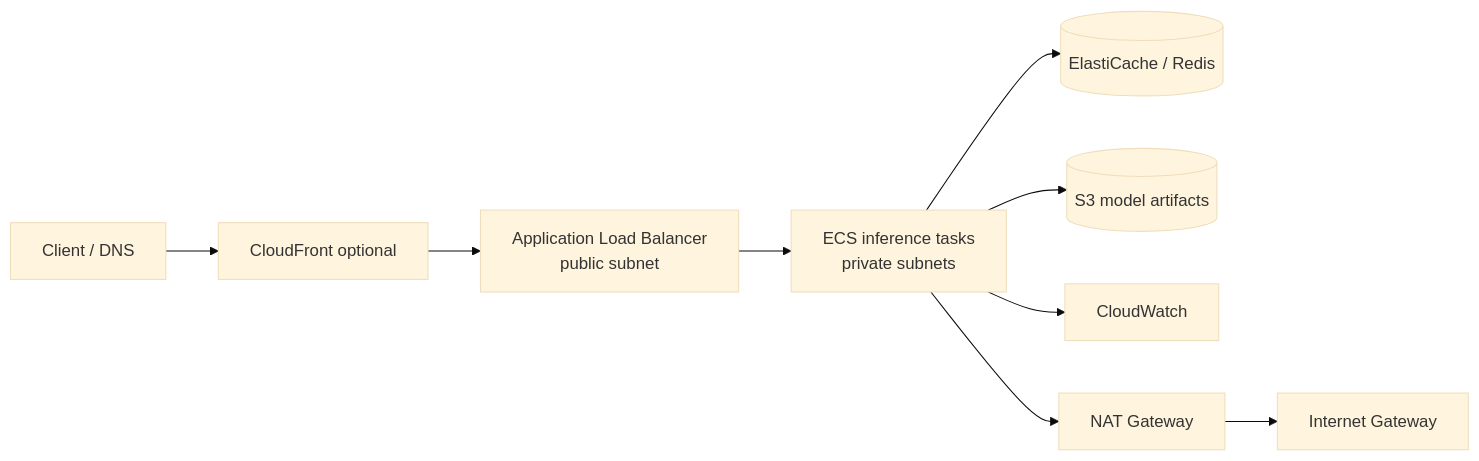
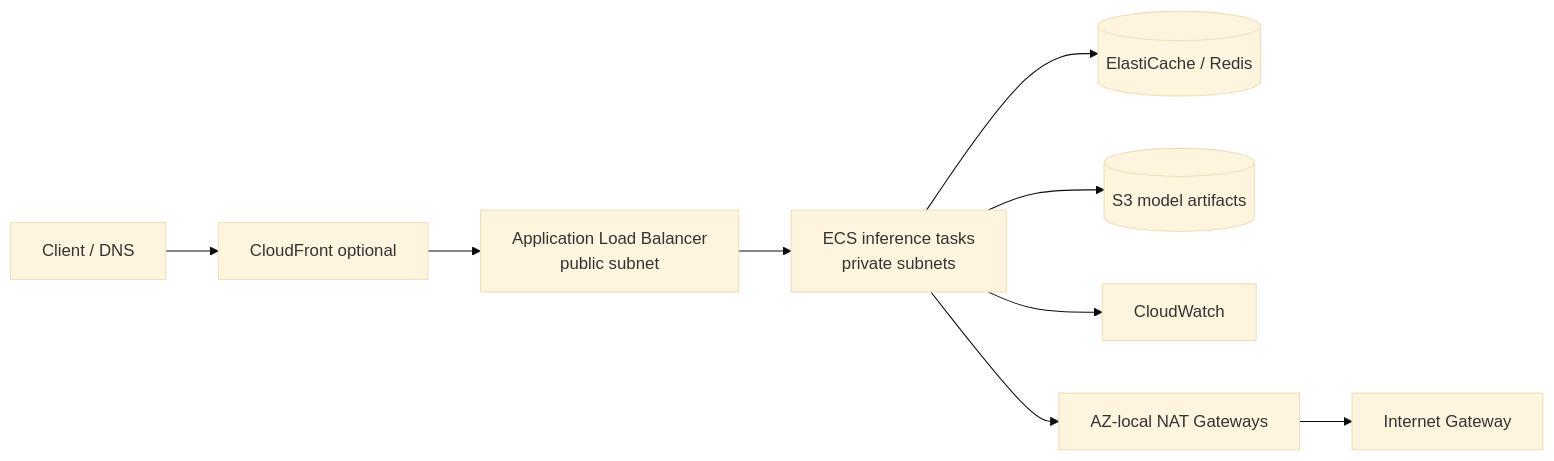
The diagram in docs/networking.md (cagataykavas/distributed-ml-inference), drawn with Mermaid (base theme) before and after one commit. The commit also changed other lines of this file and 5 other files, not shown here.

````diff
--- a/docs/networking.md
+++ b/docs/networking.md
@@ -5,11 +5,11 @@
 ```mermaid
 flowchart LR
     U[Client / DNS] --> CF[CloudFront optional]
     CF --> ALB[Application Load Balancer\npublic subnet]
     ALB --> ECS[ECS inference tasks\nprivate subnets]
     ECS --> REDIS[(ElastiCache / Redis)]
     ECS --> S3[(S3 model artifacts)]
     ECS --> CW[CloudWatch]
-    ECS --> NAT[NAT Gateway]
+    ECS --> NAT[AZ-local NAT Gateways]
     NAT --> IGW[Internet Gateway]
 ```
````
